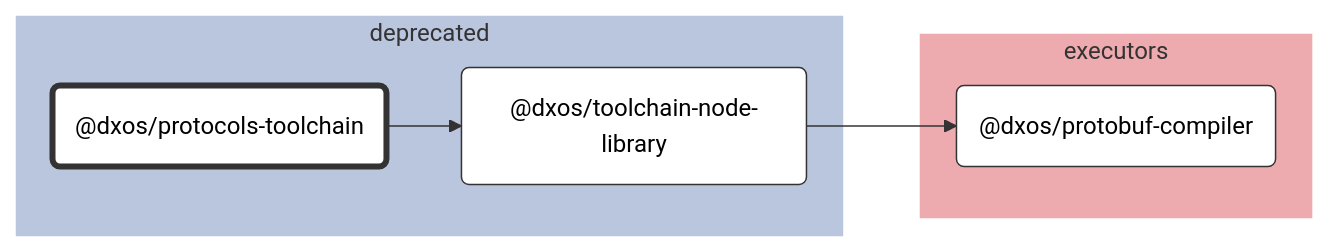
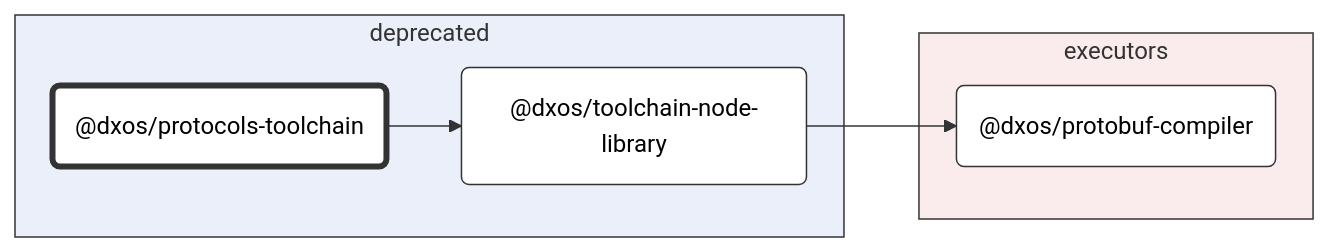
The diagram in tools/deprecated/protocols-toolchain/docs/README.md (dxos/dxos), drawn with Mermaid (neutral theme) before and after one commit. The commit also changed 93 other files, not shown here.

First line of the commit message:
chore: hierarchical graphs. (#1583)

````diff
--- a/tools/deprecated/protocols-toolchain/docs/README.md
+++ b/tools/deprecated/protocols-toolchain/docs/README.md
@@ -7,30 +7,30 @@
 ```mermaid
 %%{ init: {'flowchart':{'curve':'basis'}} }%%
 
 flowchart LR
 
 %% Classes
 classDef def fill:#fff,stroke:#333,stroke-width:1px
 classDef root fill:#fff,stroke:#333,stroke-width:4px
 
 %% Nodes
 
 subgraph deprecated [deprecated]
-  style deprecated fill:#bac5de,stroke:#fff
+  style deprecated fill:#ebeffa,stroke:#333
   dxos/protocols-toolchain("@dxos/protocols-toolchain"):::root
   click dxos/protocols-toolchain "dxos/dxos/tree/main/tools/deprecated/protocols-toolchain/docs"
   dxos/toolchain-node-library("@dxos/toolchain-node-library"):::def
   click dxos/toolchain-node-library "dxos/dxos/tree/main/tools/deprecated/toolchain-node-library/docs"
 end
 
 subgraph executors [executors]
-  style executors fill:#edabb0,stroke:#fff
+  style executors fill:#faebec,stroke:#333
   dxos/protobuf-compiler("@dxos/protobuf-compiler"):::def
   click dxos/protobuf-compiler "dxos/dxos/tree/main/tools/executors/protobuf-compiler/docs"
 end
 
 %% Links
 linkStyle default stroke:#333,stroke-width:1px
 dxos/protocols-toolchain --> dxos/toolchain-node-library
 dxos/toolchain-node-library --> dxos/protobuf-compiler
 ```
````
